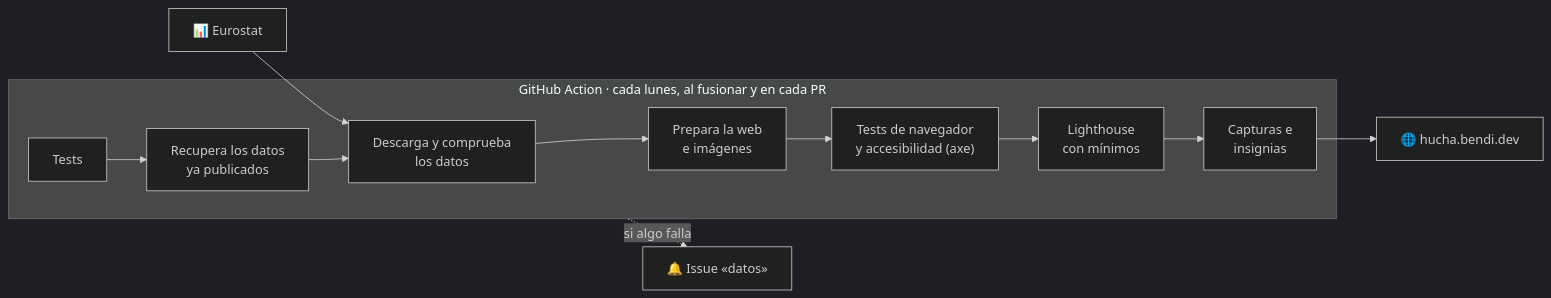
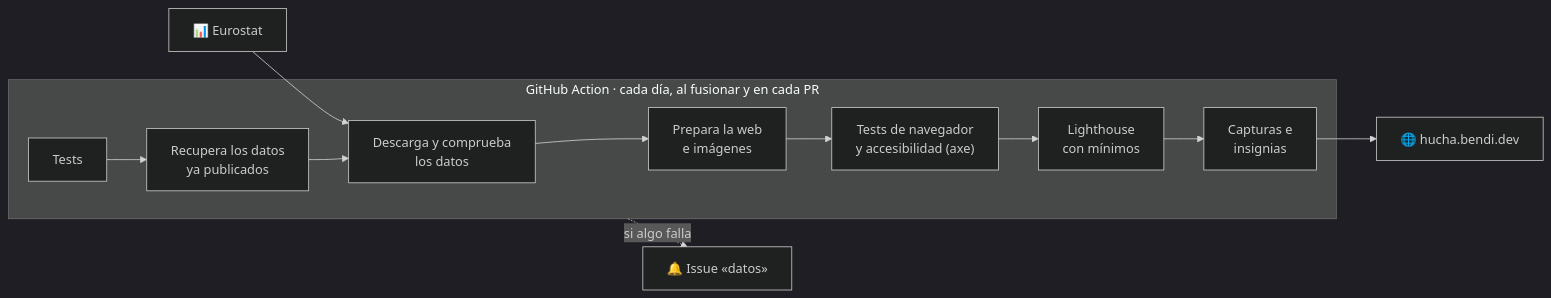
Before and after one commit to serbenda/hucha: the diagram in README.md, drawn with Mermaid (dark theme). The commit also changed other lines of this file and 3 other files, not shown here.

````diff
--- a/README.md
+++ b/README.md
@@ -72,10 +76,10 @@
 ```mermaid
 flowchart LR
     EU["📊 Eurostat"] --> DES
-    subgraph Action["GitHub Action · cada lunes, al fusionar y en cada PR"]
+    subgraph Action["GitHub Action · cada día, al fusionar y en cada PR"]
         TEST["Tests"] --> REC["Recupera los datos<br/>ya publicados"] --> DES["Descarga y comprueba<br/>los datos"] --> WEB["Prepara la web<br/>e imágenes"]
         WEB --> E2E["Tests de navegador<br/>y accesibilidad (axe)"] --> LH["Lighthouse<br/>con mínimos"] --> CAP["Capturas e<br/>insignias"]
     end
     CAP --> PAGES["🌐 hucha.bendi.dev"]
     Action -. "si algo falla" .-> ISSUE["🔔 Issue «datos»"]
 ```
````
